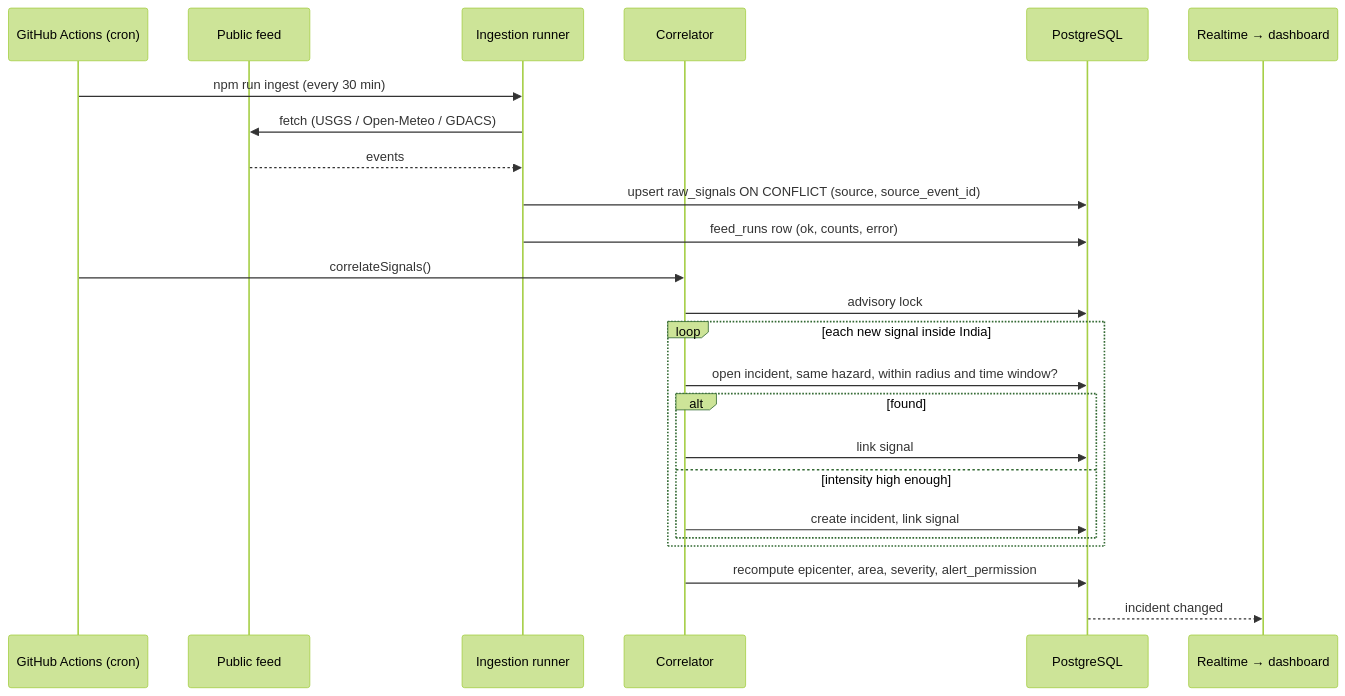
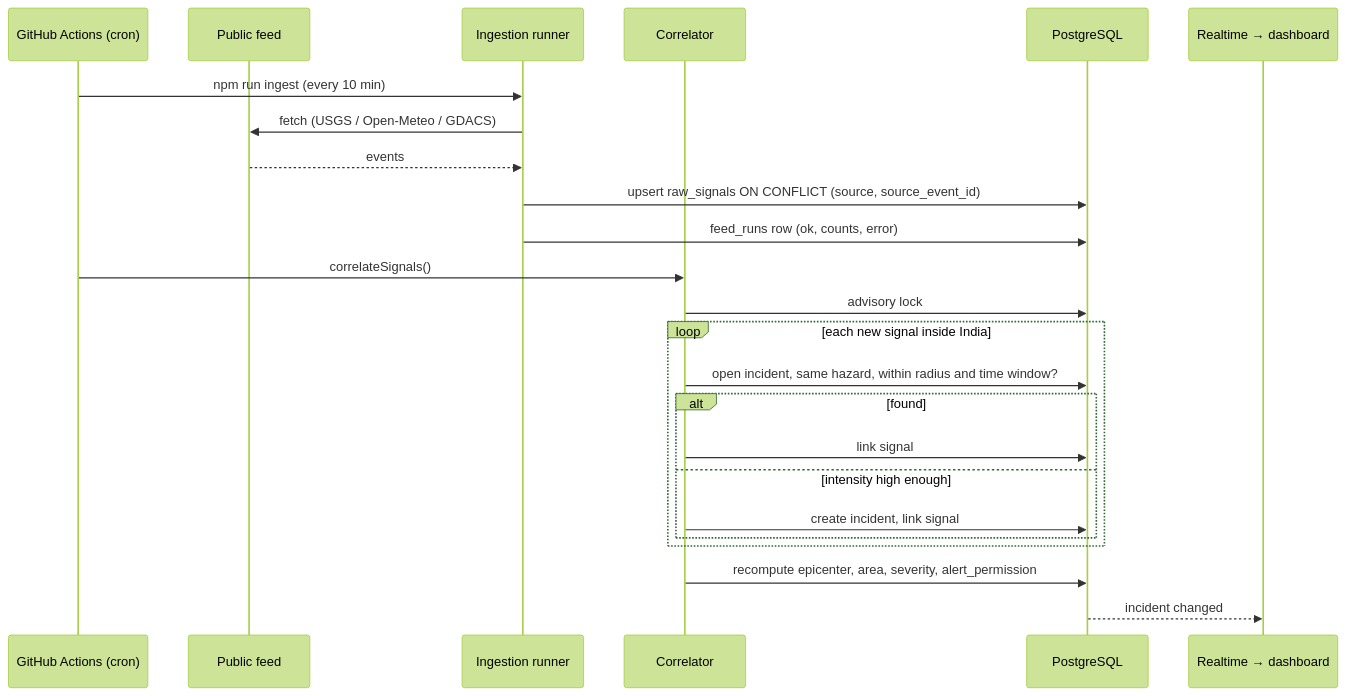
Before and after one commit to Shavya11/disaster-network: the third of 7 diagrams in docs/ARCHITECTURE.md, drawn with Mermaid (forest theme). The commit also changed other lines of this file and 2 other files, not shown here.

First line of the commit message:
Deploy API to Render and refresh feeds every 10 minutes

````diff
--- a/docs/ARCHITECTURE.md
+++ b/docs/ARCHITECTURE.md
@@ -192,27 +192,27 @@
 ```mermaid
 sequenceDiagram
     participant GA as GitHub Actions (cron)
     participant F as Public feed
     participant I as Ingestion runner
     participant C as Correlator
     participant DB as PostgreSQL
     participant RT as Realtime → dashboard
 
-    GA->>I: npm run ingest (every 30 min)
+    GA->>I: npm run ingest (every 10 min)
     I->>F: fetch (USGS / Open-Meteo / GDACS)
     F-->>I: events
     I->>DB: upsert raw_signals ON CONFLICT (source, source_event_id)
     I->>DB: feed_runs row (ok, counts, error)
     GA->>C: correlateSignals()
     C->>DB: advisory lock
     loop each new signal inside India
         C->>DB: open incident, same hazard, within radius and time window?
         alt found
             C->>DB: link signal
         else intensity high enough
             C->>DB: create incident, link signal
         end
     end
     C->>DB: recompute epicenter, area, severity, alert_permission
     DB-->>RT: incident changed
 ```
````
